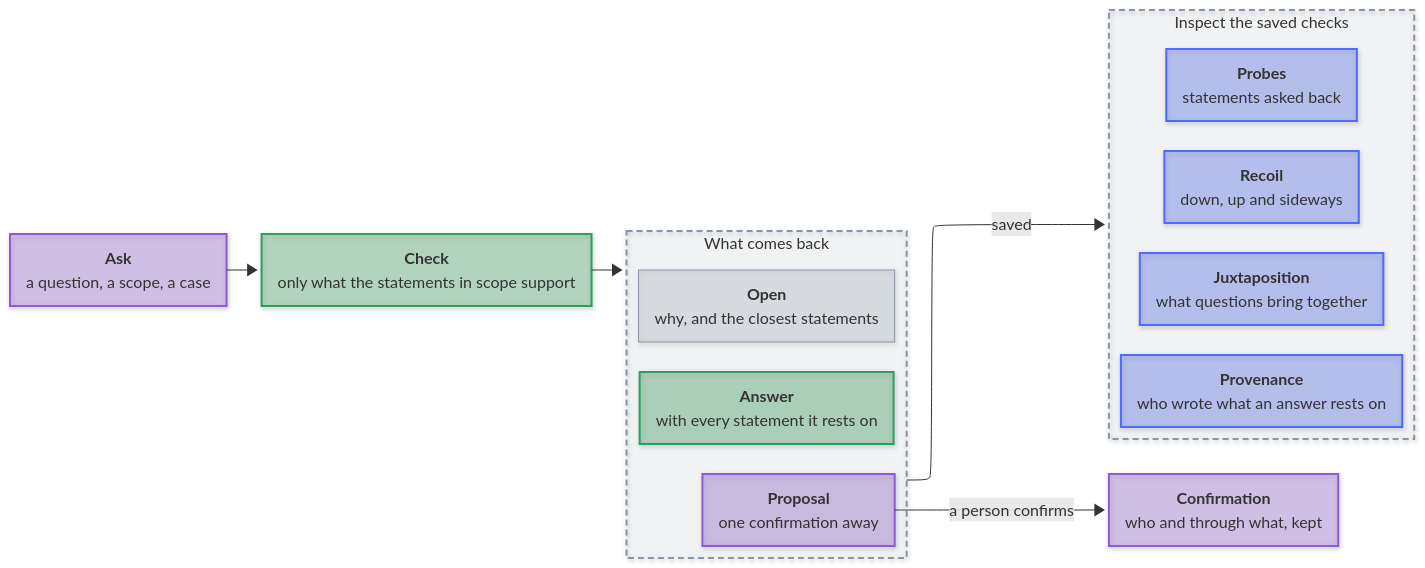
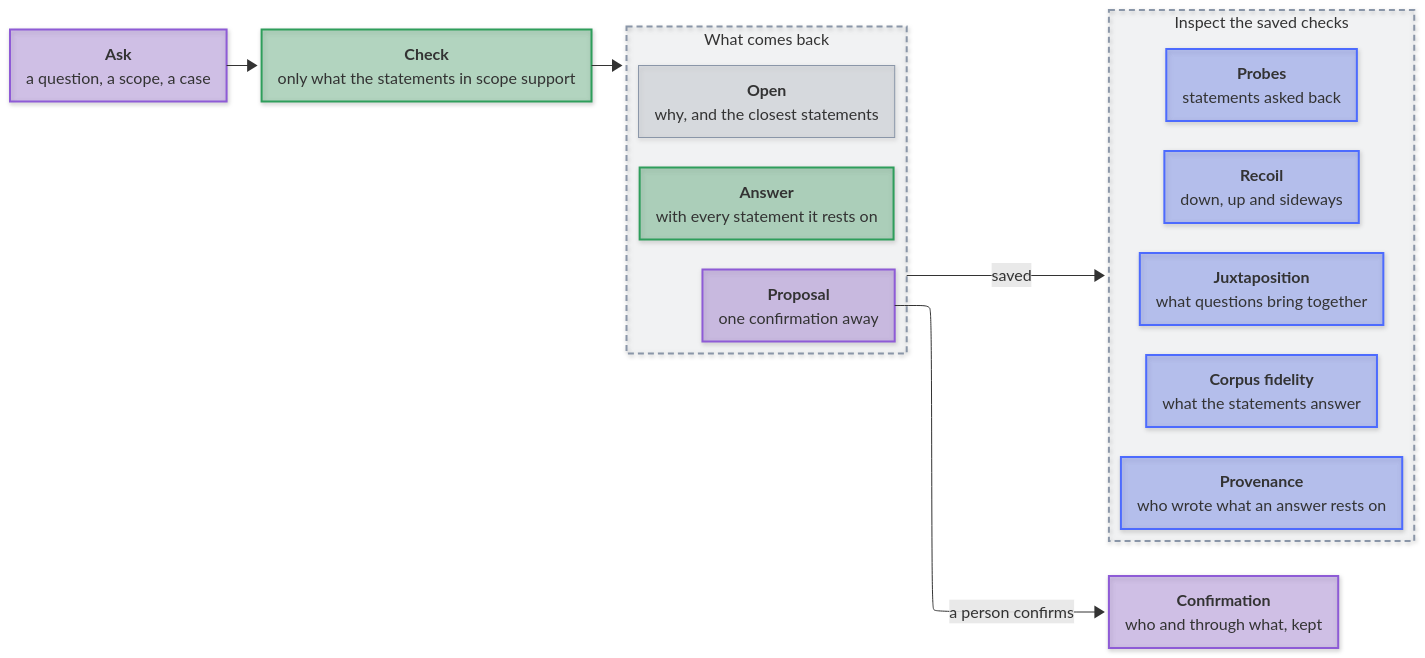
One commit to mirzahusadzic/tendora changed the second of 2 diagrams in README.md. Above: the diagram before and after it, drawn with Mermaid. The commit also changed other lines of this file and 17 other files, not shown here.

````diff
--- a/README.md
+++ b/README.md
@@ -78,62 +78,63 @@
 ```mermaid
 ---
 config:
     layout: elk
     look: neo
     flowchart:
         wrappingWidth: 400
     themeCSS: >-
         foreignObject { overflow: visible; }
         .edgeLabel, .edgeLabel p, .edgeLabel span {
         background: transparent !important; }
         .edgeLabel rect { fill: transparent !important; }
         .labelBkg { --knock: var(--vscode-editor-background,
         var(--bgColor-default, rgb(from currentColor
         clamp(30, (128 - r) * 100, 255) clamp(30, (128 - r) * 100, 255)
         clamp(30, (128 - r) * 100, 255)))); --ring: var(--knock);
         --fill: color-mix(in srgb, var(--ring) 30%, var(--knock));
         background: var(--fill) !important; border-radius: 4px;
         box-shadow: 0 0 0 5px var(--fill), 0 0 0 7px var(--ring); }
         .label[data-id^="L_PR_"] .labelBkg { --ring: #8e5bd6; }
         .label[data-id^="L_OUT_"] .labelBkg { --ring: #4d6bfe; }
         .edgeLabel p, .edgeLabel span, .edgeLabel text {
         --halo: var(--fill, var(--vscode-editor-background,
         var(--bgColor-default,
         rgb(from currentColor clamp(0, (128 - r) * 100, 255)
         clamp(0, (128 - r) * 100, 255) clamp(0, (128 - r) * 100, 255)))));
         text-shadow: 1px 0 var(--halo), -1px 0 var(--halo),
         0 1px var(--halo), 0 -1px var(--halo), 1px 1px var(--halo),
         -1px -1px var(--halo), 1px -1px var(--halo), -1px 1px var(--halo),
         0 0 3px var(--halo), 0 0 4px var(--halo); }
 ---
 flowchart LR
     Q["<b>Ask</b><br/>a question, a scope, a case"]
     EN["<b>Check</b><br/>only what the statements in scope support"]
     subgraph OUT["What comes back"]
         AN["<b>Answer</b><br/>with every statement it rests on"]
         OP["<b>Open</b><br/>why, and the closest statements"]
         PR["<b>Proposal</b><br/>one confirmation away"]
     end
     CF["<b>Confirmation</b><br/>who and through what, kept"]
     subgraph IN["Inspect the saved checks"]
         RC["<b>Recoil</b><br/>down, up and sideways"]
         TL["<b>Juxtaposition</b><br/>what questions bring together"]
         PB["<b>Probes</b><br/>statements asked back"]
+        CF2["<b>Corpus fidelity</b><br/>what the statements answer"]
         PV["<b>Provenance</b><br/>who wrote what an answer rests on"]
     end
 
     Q --> EN
     EN --> OUT
     PR -->|"a person confirms"| CF
     OUT -->|"saved"| IN
 
     classDef default fill:#8a96a82e,stroke:#8a96a8,stroke-width:1px
     classDef person fill:#8e5bd64d,stroke:#8e5bd6,stroke-width:2px
     classDef kept fill:#4d6bfe4d,stroke:#4d6bfe,stroke-width:2px
     classDef engine fill:#2e9e5b4d,stroke:#2e9e5b,stroke-width:2px
     classDef group fill:#8a96a814,stroke:#8a96a8,stroke-width:2px,stroke-dasharray:6 4
     class Q,PR,CF person
     class EN,AN engine
-    class RC,TL,PB,PV kept
+    class RC,TL,PB,CF2,PV kept
     class OUT,IN group
 ```
````
